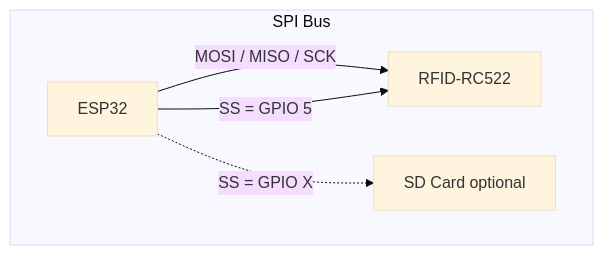
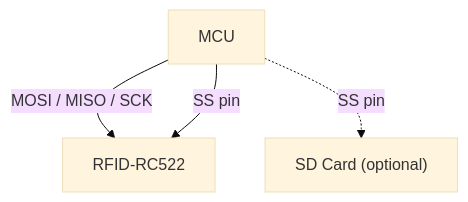
Before and after one commit to prgrobots/Iot2_new: the fourth of 7 diagrams in slides/0607/slides.md, drawn with Mermaid (base theme). The commit also changed other lines of this file and 1 other file, not shown here.

First line of the commit message:
Remove rain sensor, fix slide overflow, MCU terminology, ASCII to Mermaid

````diff
--- a/slides/0607/slides.md
+++ b/slides/0607/slides.md
@@ -177,9 +185,6 @@
 ```mermaid
-graph LR
-  subgraph SPI Bus
-    direction LR
-    MCU2[ESP32] -->|MOSI / MISO / SCK| RFID[RFID-RC522]
-    MCU2 -->|SS = GPIO 5| RFID
-    MCU2 -.->|SS = GPIO X| SD[SD Card optional]
-  end
+graph TD
+  MCU2[MCU] -->|MOSI / MISO / SCK| RFID["RFID-RC522"]
+  MCU2 -->|SS pin| RFID
+  MCU2 -.->|SS pin| SD["SD Card (optional)"]
 ```
````
